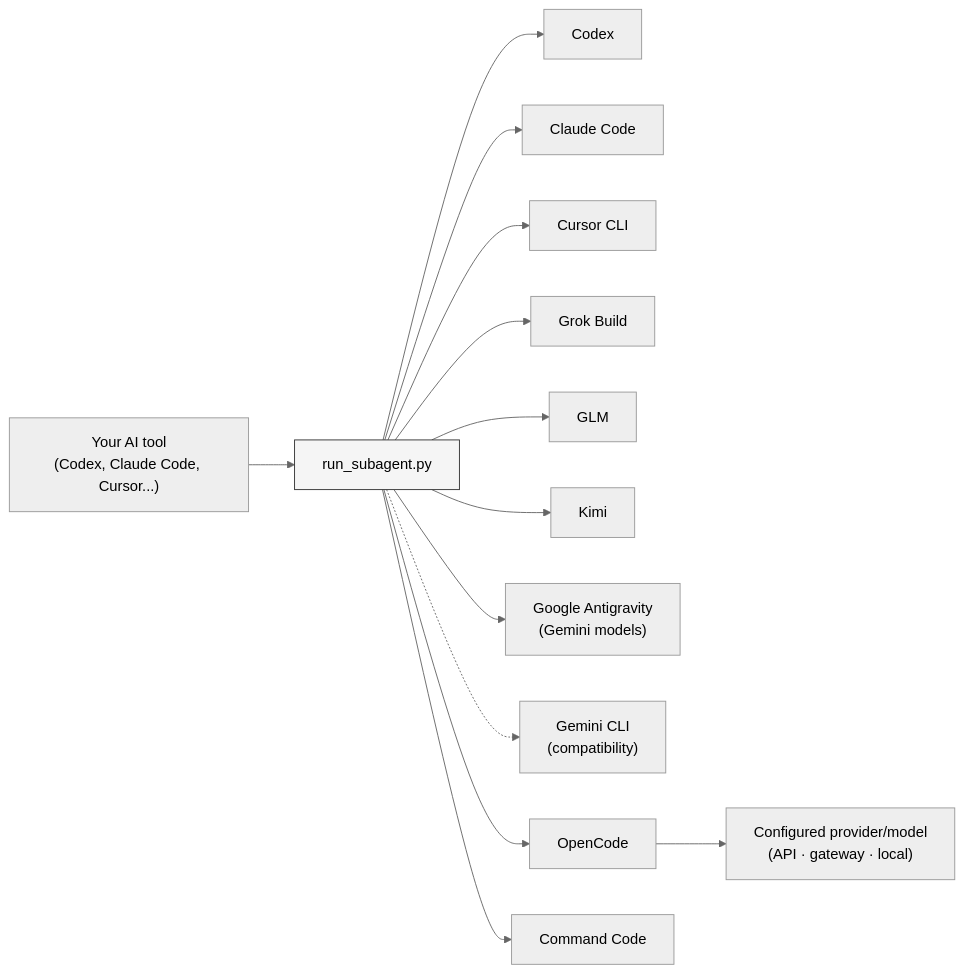
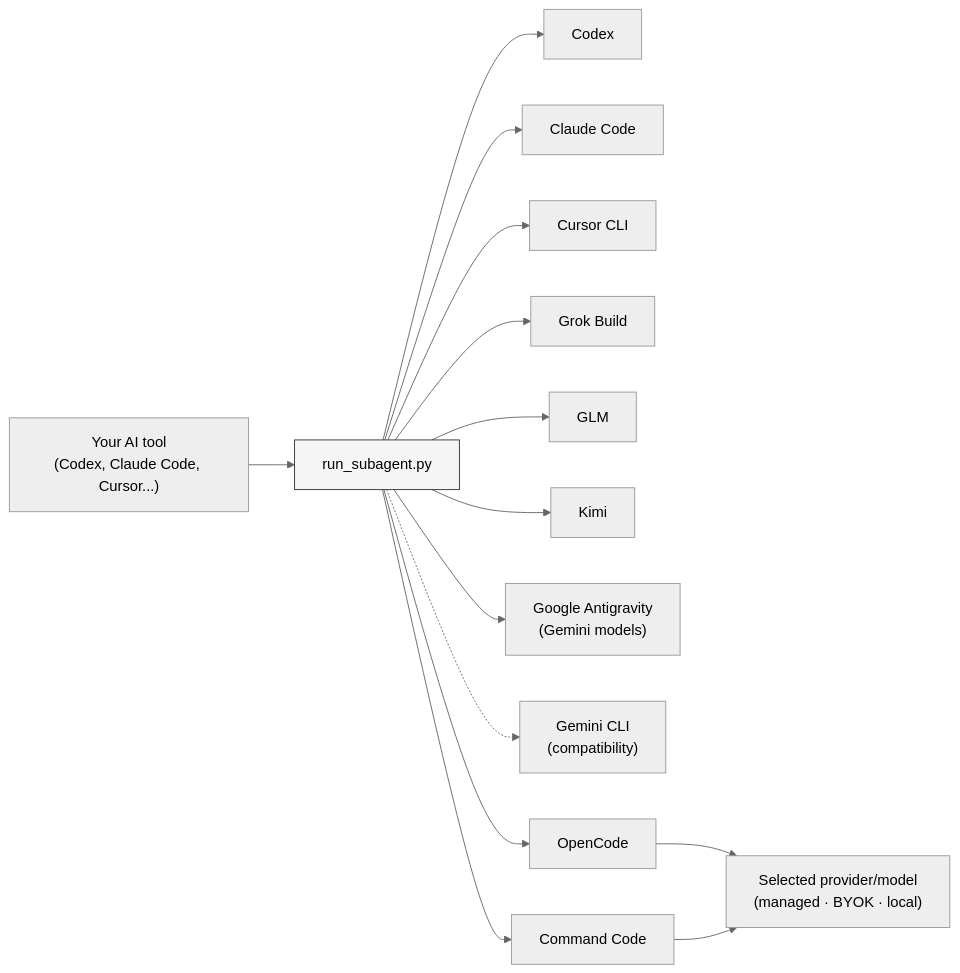
One commit to shinpr/sub-agents-skills changed the diagram in README.md. Above: the diagram before and after it, drawn with Mermaid (neutral theme). The commit also changed 1 other file, not shown here.

Commit message:
docs: align provider routing diagram

````diff
--- a/README.md
+++ b/README.md
@@ -435,16 +435,17 @@
 ```mermaid
 graph LR
     A["Your AI tool<br/>(Codex, Claude Code, Cursor...)"] --> B["run_subagent.py"]
     B --> C["Codex"]
     B --> D["Claude Code"]
     B --> E["Cursor CLI"]
     B --> H["Grok Build"]
     B --> G["GLM"]
     B --> K["Kimi"]
     B --> F["Google Antigravity<br/>(Gemini models)"]
     B -.-> GM["Gemini CLI<br/>(compatibility)"]
     B --> I["OpenCode"]
-    I --> J["Configured provider/model<br/>(API · gateway · local)"]
     B --> CC["Command Code"]
+    I --> J["Selected provider/model<br/>(managed · BYOK · local)"]
+    CC --> J
     style B fill:#f5f5f5,stroke:#333
 ```
````
